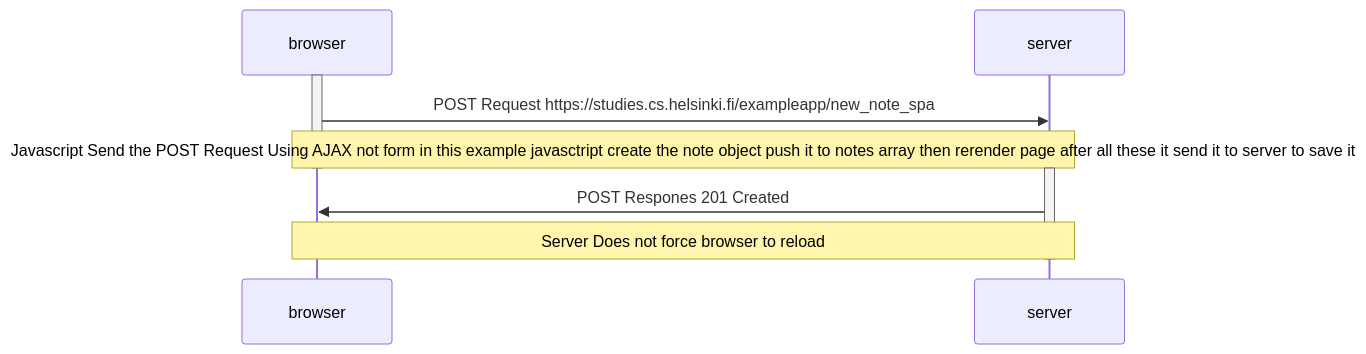
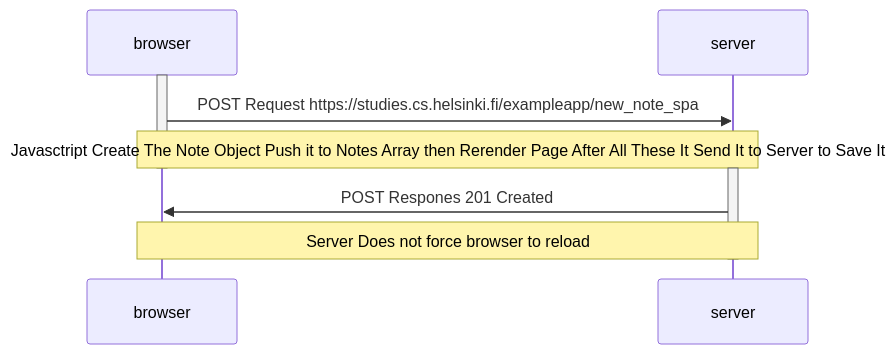
Before and after one commit to mostafasafa021/Open-Full-Stack: the diagram in part-0/0.6 New note in Single page app diagram/README.md, drawn with Mermaid.

Commit message:
Edited The Text

````diff
--- a/part-0/0.6 New note in Single page app diagram/README.md
+++ b/part-0/0.6 New note in Single page app diagram/README.md
@@ -1,13 +1,13 @@
 ```mermaid
 sequenceDiagram;
 participant browser;
 participant server;
 activate browser;
 browser->>server: POST Request https://studies.cs.helsinki.fi/exampleapp/new_note_spa;
-Note over browser,server: Javascript Send the POST Request Using AJAX not form in this example javasctript create the note object push it to notes array then rerender page after all these it send it to server to save it
+Note over browser,server: Javasctript Create The Note Object Push it to Notes Array then Rerender Page After All These It Send It to Server to Save It
 deactivate browser;
 activate server;
 server->>browser: POST Respones 201 Created;
 Note over server,browser: Server Does not force browser to reload
 deactivate server;
 ```
````
